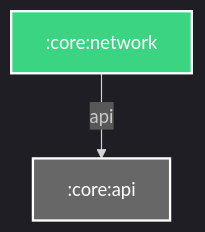
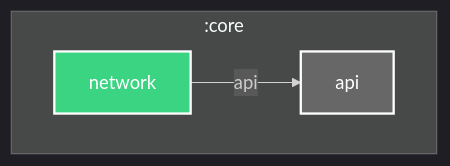
One commit to Dussim/cv-app changed the diagram in core/network/README.md. Above: the diagram before and after it, drawn with Mermaid. The commit also changed 24 other files, not shown here.

Commit message:
Update READMEs with module hierarchy graphs, refactor Gradle configurations, and bump dependencies

````diff
--- a/core/network/README.md
+++ b/core/network/README.md
@@ -3,16 +3,21 @@
 ```mermaid
 %%{
   init: {
     'theme': 'dark'
   }
 }%%
 
 graph TB
+  subgraph :core
+    :core:network["network"]
+    :core:api["api"]
+  end
+
   :core:network -- api --> :core:api
 
 classDef android-library fill:#3BD482,stroke:#fff,stroke-width:2px,color:#fff;
 classDef unknown fill:#676767,stroke:#fff,stroke-width:2px,color:#fff;
 class :core:network android-library
 class :core:api unknown
 
 ```
````
